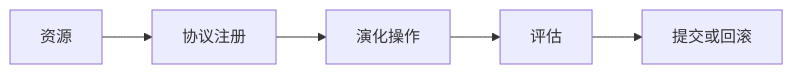
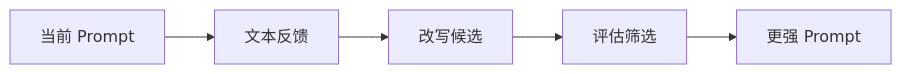
Diagram 17 of 20 in docs/agent-engineering/self-evolve/路线总览.md (pofossette/guidebooks), drawn with Mermaid before and after one commit. The commit also changed other lines of this file and 11 other files, not shown here.

````diff
--- a/docs/agent-engineering/self-evolve/路线总览.md
+++ b/docs/agent-engineering/self-evolve/路线总览.md
@@ -273,7 +297,7 @@
 ```mermaid
 flowchart LR
-    A5[资源] --> B5[协议注册]
-    B5 --> C5[演化操作]
-    C5 --> D5[评估]
-    D5 --> E5[提交或回滚]
+    A5[当前 Prompt] --> B5[文本反馈]
+    B5 --> C5[改写候选]
+    C5 --> D5[评估筛选]
+    D5 --> E5[更强 Prompt]
 ```
````
